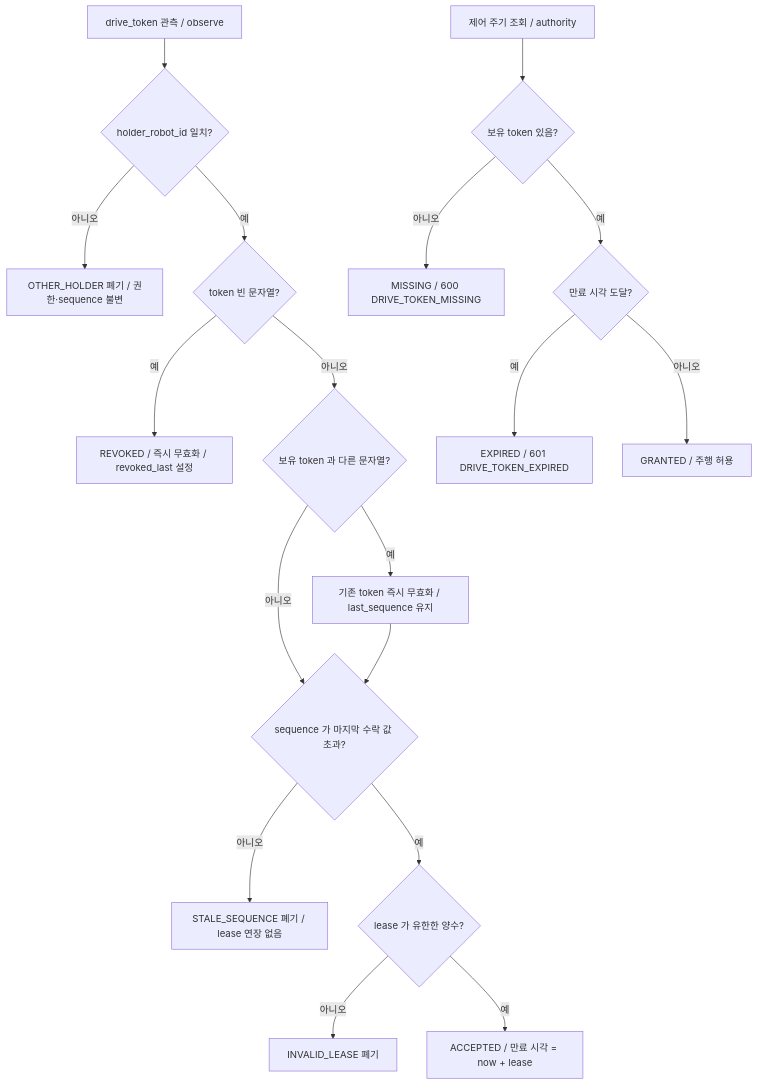
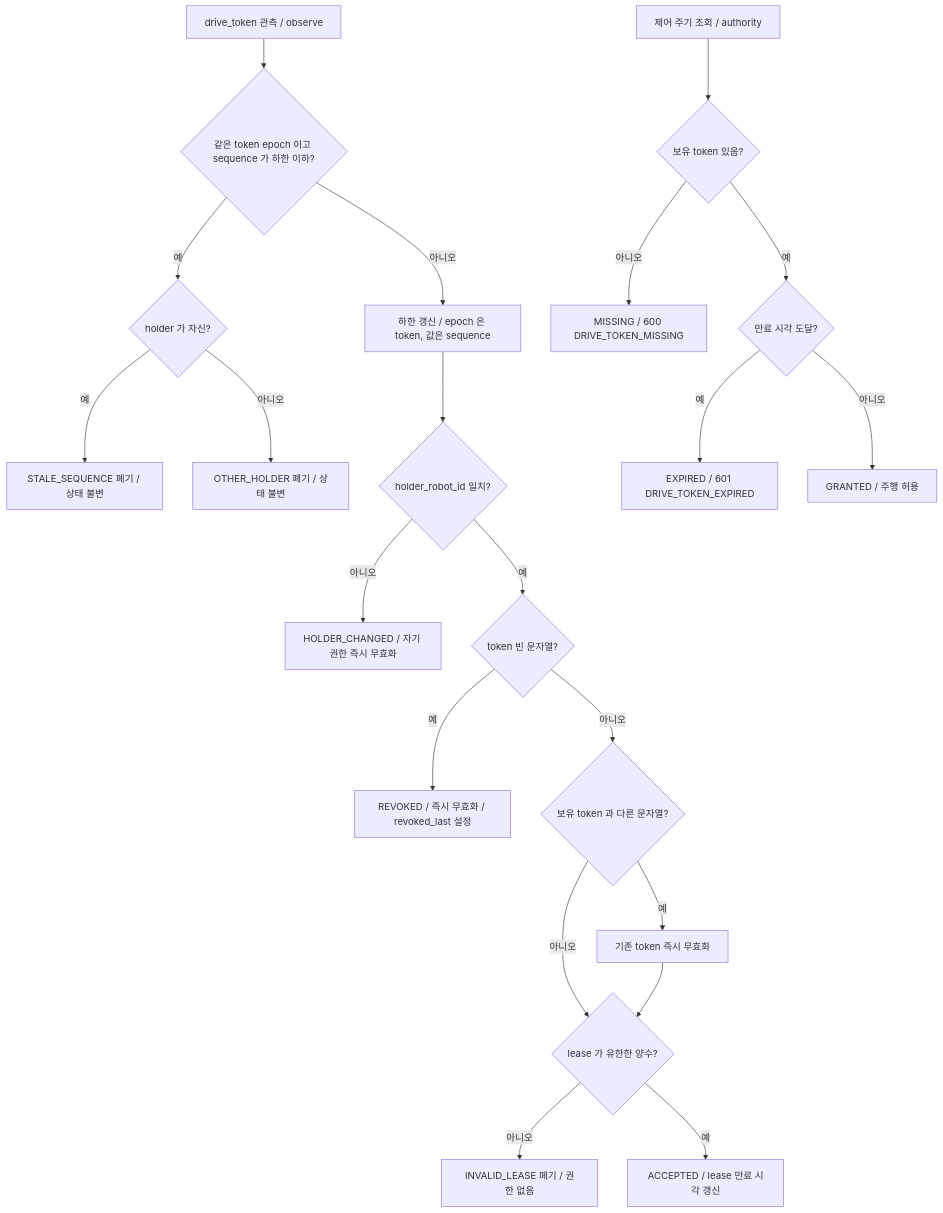
Before and after one commit to suuuhululu/patrol: the second of 3 diagrams in docs/amr.md, drawn with Mermaid. The commit also changed other lines of this file and 4 other files, not shown here.

First line of the commit message:
feat(amr): apply TBD-IF-002 interim policy to drive token guard

```diff
--- a/docs/amr.md
+++ b/docs/amr.md
@@ -137,20 +140,23 @@
 ~~~mermaid
 flowchart TD
-    MSG[drive_token 관측 / observe] --> H{holder_robot_id 일치?}
-    H -->|아니오| OTH[OTHER_HOLDER 폐기 / 권한·sequence 불변]
+    MSG[drive_token 관측 / observe] --> EP{같은 token epoch 이고 sequence 가 하한 이하?}
+    EP -->|예| WHO{holder 가 자신?}
+    WHO -->|예| STL[STALE_SEQUENCE 폐기 / 상태 불변]
+    WHO -->|아니오| OTH[OTHER_HOLDER 폐기 / 상태 불변]
+    EP -->|아니오| SET[하한 갱신 / epoch 은 token, 값은 sequence]
+    SET --> H{holder_robot_id 일치?}
+    H -->|아니오| HC[HOLDER_CHANGED / 자기 권한 즉시 무효화]
     H -->|예| EMP{token 빈 문자열?}
     EMP -->|예| REV[REVOKED / 즉시 무효화 / revoked_last 설정]
     EMP -->|아니오| CHG{보유 token 과 다른 문자열?}
-    CHG -->|예| INV[기존 token 즉시 무효화 / last_sequence 유지]
-    CHG -->|아니오| SEQ
-    INV --> SEQ{sequence 가 마지막 수락 값 초과?}
-    SEQ -->|아니오| STL[STALE_SEQUENCE 폐기 / lease 연장 없음]
-    SEQ -->|예| LS{lease 가 유한한 양수?}
-    LS -->|아니오| BAD[INVALID_LEASE 폐기]
-    LS -->|예| ACC[ACCEPTED / 만료 시각 = now + lease]
+    CHG -->|예| INV[기존 token 즉시 무효화]
+    CHG -->|아니오| LS
+    INV --> LS{lease 가 유한한 양수?}
+    LS -->|아니오| BAD[INVALID_LEASE 폐기 / 권한 없음]
+    LS -->|예| ACC[ACCEPTED / lease 만료 시각 갱신]
     Q[제어 주기 조회 / authority] --> HAS{보유 token 있음?}
     HAS -->|아니오| MIS[MISSING / 600 DRIVE_TOKEN_MISSING]
     HAS -->|예| EXP{만료 시각 도달?}
     EXP -->|예| EXD[EXPIRED / 601 DRIVE_TOKEN_EXPIRED]
     EXP -->|아니오| GRA[GRANTED / 주행 허용]
 ~~~
```
